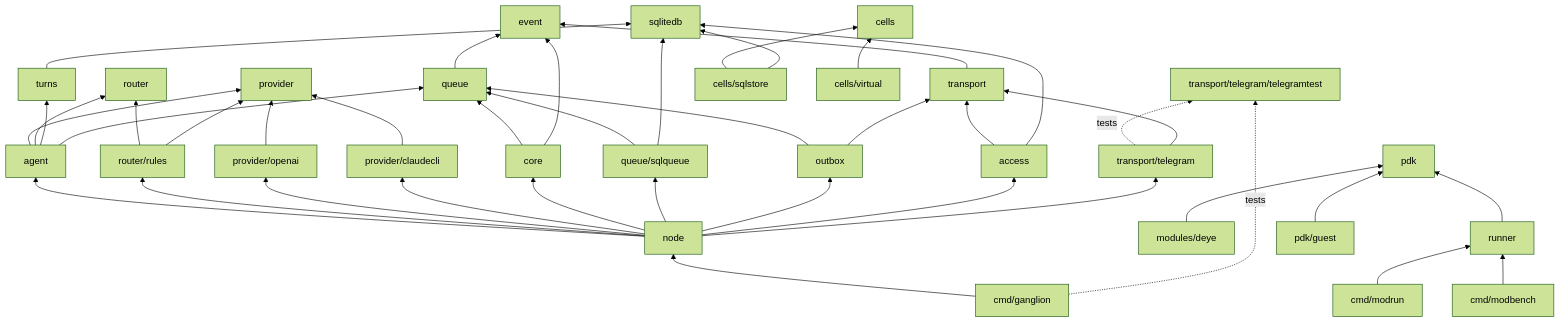
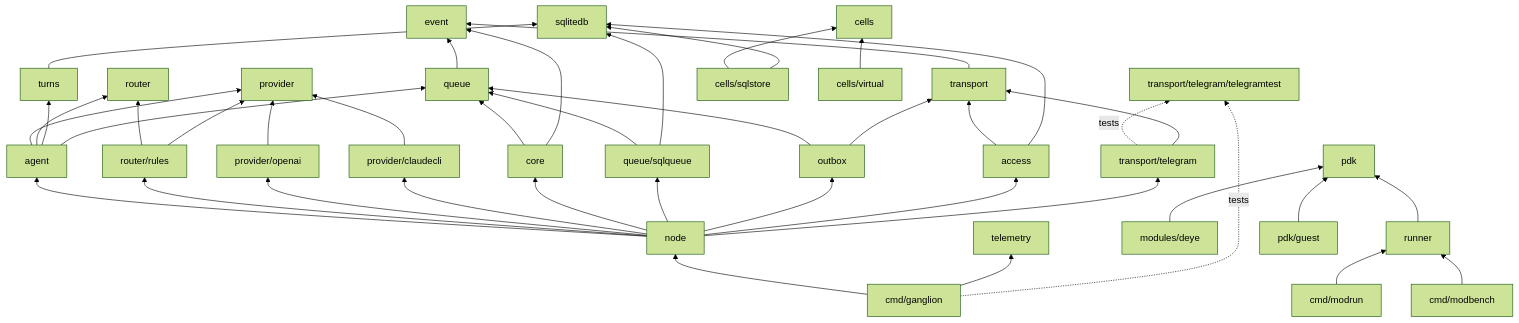
One commit to igorrius/ganglion changed the diagram in docs/architecture/05-code-map.md. Above: the diagram before and after it, drawn with Mermaid (forest theme). The commit also changed other lines of this file and 12 other files, not shown here.

First line of the commit message:
cmd/ganglion: telemetry on GANGLION_METRICS_ADDR with trace ids in logs; docs

````diff
--- a/docs/architecture/05-code-map.md
+++ b/docs/architecture/05-code-map.md
@@ -51,50 +52,51 @@
 ```mermaid
 flowchart BT
     event["event"]
     transport["transport"] --> event
     queue["queue"] --> event
     provider["provider"]
     router["router"]
     openaip["provider/openai"] --> provider
     claudecli["provider/claudecli"] --> provider
     rulesp["router/rules"] --> router
     rulesp --> provider
     turnsp["turns"] --> sqlitedb
     agentp["agent"] --> provider
     agentp --> router
     agentp --> turnsp
     agentp --> queue
     node --> agentp
     node --> rulesp
     node --> openaip
     node --> claudecli
     node["node"]
     cmd["cmd/ganglion"] --> node
+    cmd --> telemetryp["telemetry"]
     corep["core"] --> queue
     corep --> event
     tgtest["transport/telegram/telegramtest"]
     tgp -. tests .-> tgtest
     cmd -. tests .-> tgtest
     node --> corep
     node --> sqlqueue
     node --> outboxp
     node --> accessp
     node --> tgp["transport/telegram"]
     tgp --> transport
     pdk["pdk"]
     deye["modules/deye"] --> pdk
     runner["runner"] --> pdk
     modrun["cmd/modrun"] --> runner
     modbench["cmd/modbench"] --> runner
     guest["pdk/guest"] --> pdk
     cellsp["cells"]
     sqlstore["cells/sqlstore"] --> cellsp
     sqlstore --> sqlitedb["sqlitedb"]
     virtualb["cells/virtual"] --> cellsp
     sqlqueue["queue/sqlqueue"] --> queue
     sqlqueue --> sqlitedb
     outboxp["outbox"] --> queue
     outboxp --> transport
     accessp["access"] --> transport
     accessp --> sqlitedb
 ```
````
